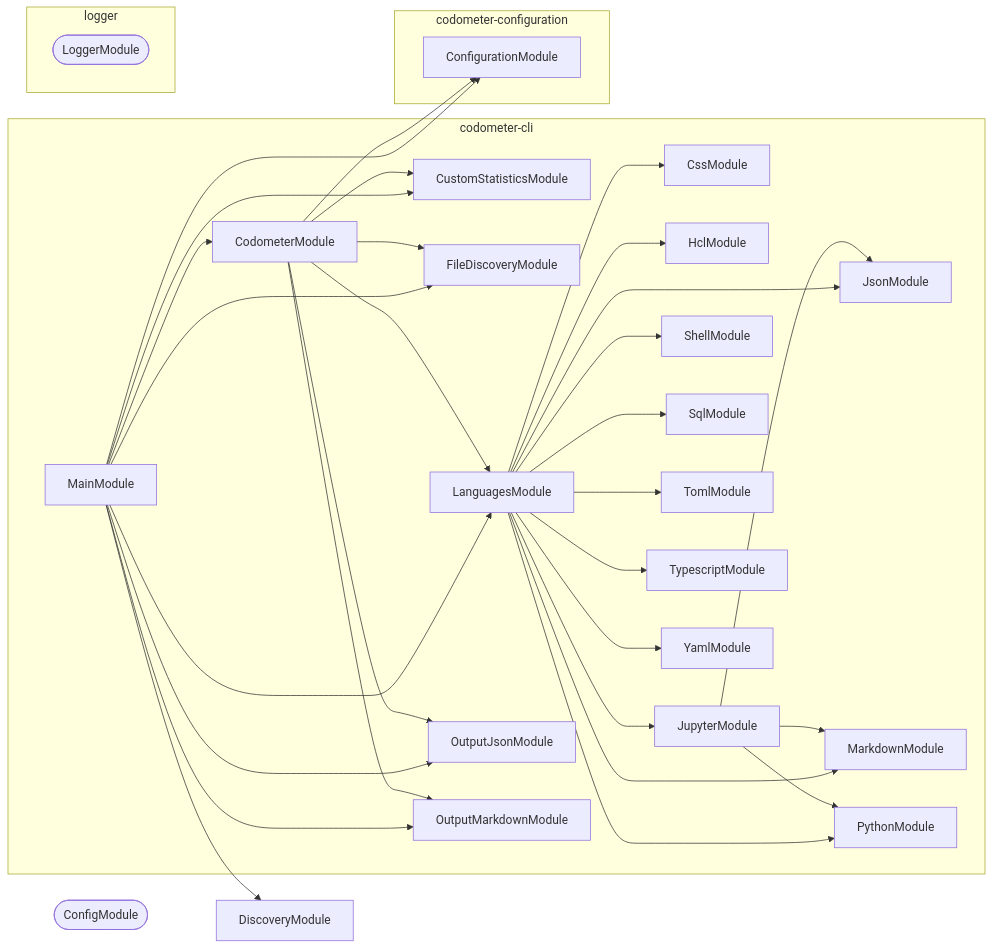
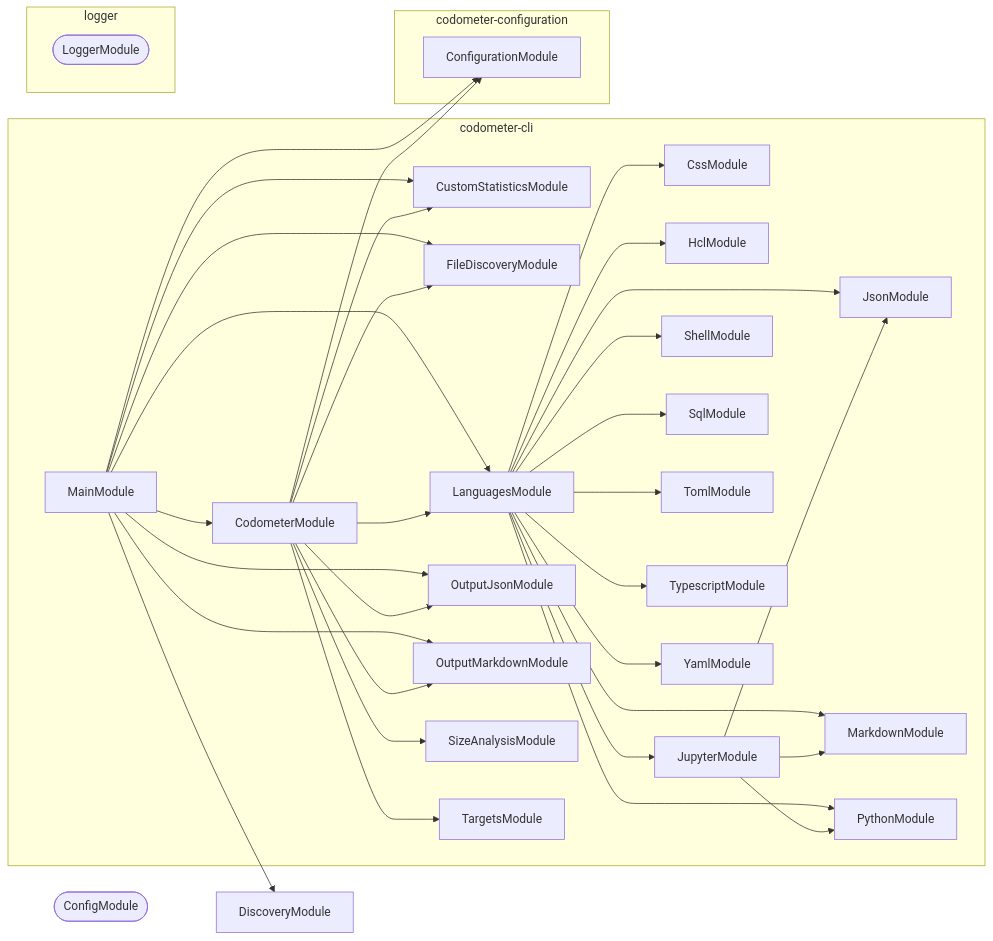
The diagram in packages/codometer-cli/AGENTS.md (JimmyPaolini/codebase), drawn with Mermaid before and after one commit. The commit also changed 35 other files, not shown here.

Commit message:
feat(codometer): ✨ add the target model and size analysis

````diff
--- a/packages/codometer-cli/AGENTS.md
+++ b/packages/codometer-cli/AGENTS.md
@@ -58,59 +58,63 @@
 ```mermaid
 flowchart LR
   subgraph group0["codometer-cli"]
     CodometerModule
     CssModule
     CustomStatisticsModule
     FileDiscoveryModule
     HclModule
     JsonModule
     JupyterModule
     LanguagesModule
     MainModule
     MarkdownModule
     OutputJsonModule
     OutputMarkdownModule
     PythonModule
     ShellModule
+    SizeAnalysisModule
     SqlModule
+    TargetsModule
     TomlModule
     TypescriptModule
     YamlModule
   end
   subgraph group1["codometer-configuration"]
     ConfigurationModule
   end
   subgraph group2["logger"]
     LoggerModule([LoggerModule])
   end
   ConfigModule([ConfigModule])
   DiscoveryModule
   CodometerModule --> ConfigurationModule
   CodometerModule --> CustomStatisticsModule
   CodometerModule --> FileDiscoveryModule
   CodometerModule --> LanguagesModule
   CodometerModule --> OutputJsonModule
   CodometerModule --> OutputMarkdownModule
+  CodometerModule --> SizeAnalysisModule
+  CodometerModule --> TargetsModule
   JupyterModule --> JsonModule
   JupyterModule --> MarkdownModule
   JupyterModule --> PythonModule
   LanguagesModule --> CssModule
   LanguagesModule --> HclModule
   LanguagesModule --> JsonModule
   LanguagesModule --> JupyterModule
   LanguagesModule --> MarkdownModule
   LanguagesModule --> PythonModule
   LanguagesModule --> ShellModule
   LanguagesModule --> SqlModule
   LanguagesModule --> TomlModule
   LanguagesModule --> TypescriptModule
   LanguagesModule --> YamlModule
   MainModule --> CodometerModule
   MainModule --> ConfigurationModule
   MainModule --> CustomStatisticsModule
   MainModule --> DiscoveryModule
   MainModule --> FileDiscoveryModule
   MainModule --> LanguagesModule
   MainModule --> OutputJsonModule
   MainModule --> OutputMarkdownModule
 ```
````
